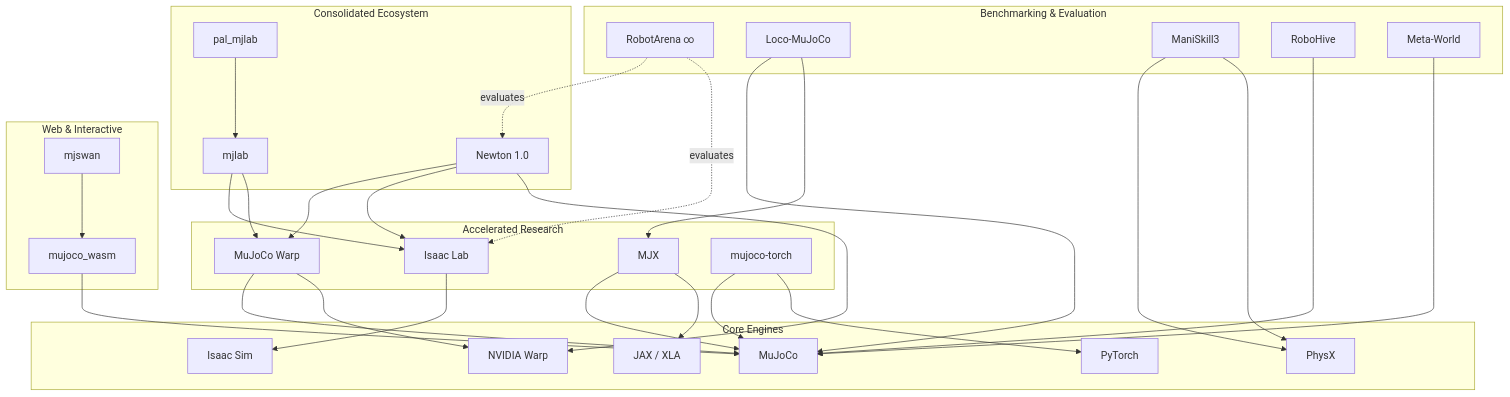
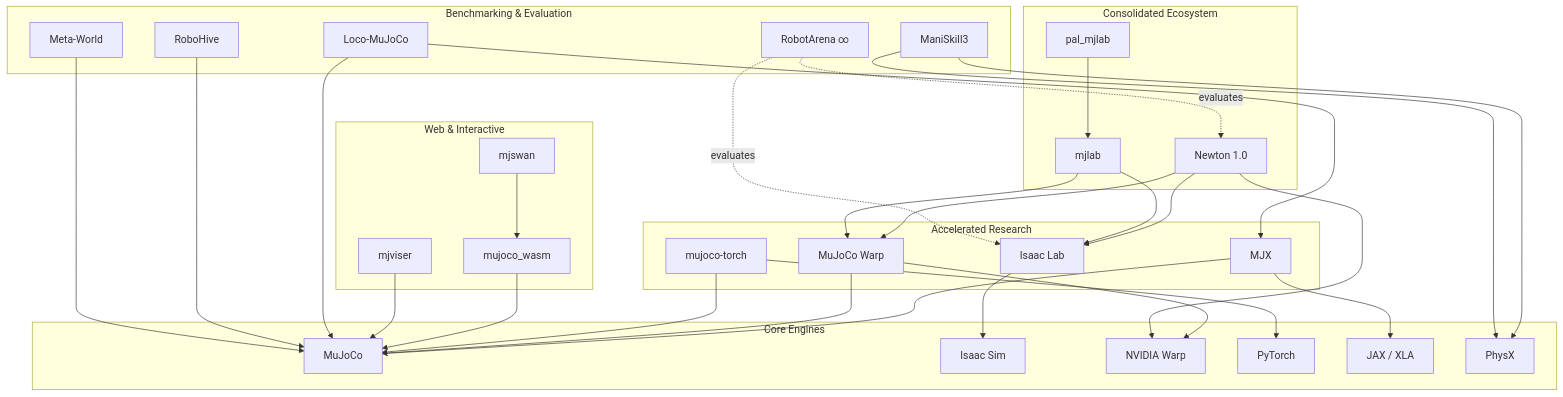
Before and after one commit to robomotic/sim-benchmarks: the diagram in README.md, drawn with Mermaid. The commit also changed other lines of this file, not shown here.

Commit message:
Added MJVISER

````diff
--- a/README.md
+++ b/README.md
@@ -114,64 +120,66 @@
 ```mermaid
 graph TD
     subgraph Core_Engines [Core Engines]
         MuJoCo[MuJoCo]
         IsaacSim[Isaac Sim]
         Warp[NVIDIA Warp]
         PyTorch[PyTorch]
         JAX[JAX / XLA]
         PhysX[PhysX]
     end
 
     subgraph Accelerated_Research [Accelerated Research]
         MJX[MJX] 
         MJWarp[MuJoCo Warp]
         IsaacLab[Isaac Lab]
         MJTorch[mujoco-torch]
     end
 
     subgraph Consolidated_Ecosystem [Consolidated Ecosystem]
         Newton[Newton 1.0]
         mjlab[mjlab]
         pal_mjlab[pal_mjlab]
     end
 
     subgraph Web_Interactive [Web & Interactive]
         mjwasm[mujoco_wasm]
         mjswan[mjswan]
+        mjviser[mjviser]
     end
 
     subgraph Evaluation_Suites [Benchmarking & Evaluation]
         RobotArena[RobotArena ∞]
         LocoMuJoCo[Loco-MuJoCo]
         ManiSkill[ManiSkill3]
         RoboHive[RoboHive]
         MetaWorld[Meta-World]
     end
 
     %% Dependencies
     MJX --> MuJoCo
     MJX --> JAX
     MJWarp --> MuJoCo
     MJWarp --> Warp
     MJTorch --> MuJoCo
     MJTorch --> PyTorch
     IsaacLab --> IsaacSim
     Newton --> MJWarp
     Newton --> IsaacLab
     Newton --> Warp
     mjlab --> IsaacLab
     mjlab --> MJWarp
     pal_mjlab --> mjlab
     mjwasm --> MuJoCo
     mjswan --> mjwasm
+    mjviser --> MuJoCo
     
     %% Evaluation Mappings
     RobotArena -. evaluates .-> Newton
     RobotArena -. evaluates .-> IsaacLab
     LocoMuJoCo --> MuJoCo
     LocoMuJoCo --> MJX
     ManiSkill --> PhysX
     ManiSkill --> PhysX
     RoboHive --> MuJoCo
     MetaWorld --> MuJoCo
 ```
````
